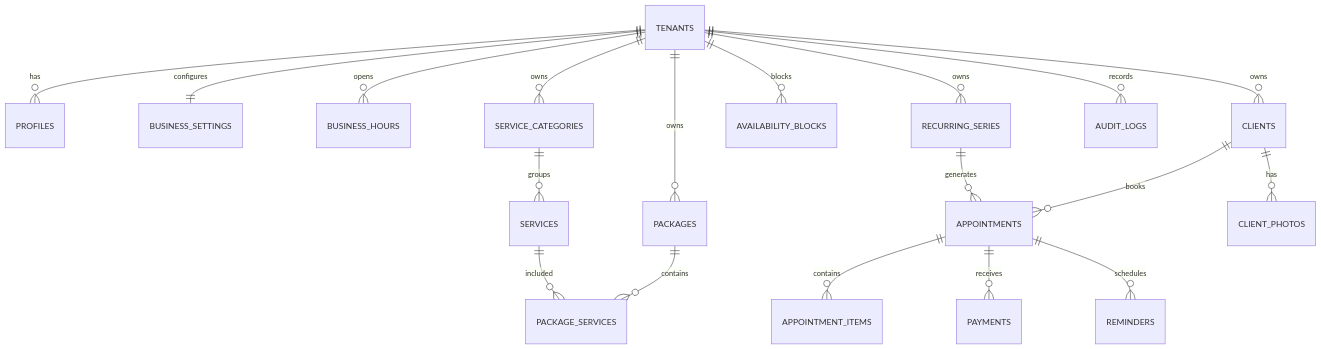
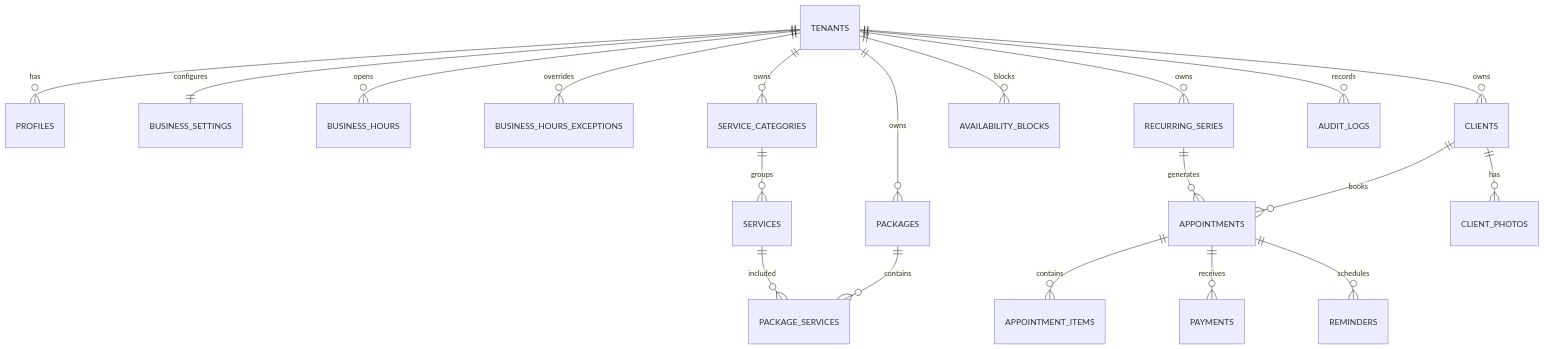
One commit to ShadowShtr/NEXORA changed the diagram in docs/04_DATA_MODEL.md. Above: the diagram before and after it, drawn with Mermaid. The commit also changed other lines of this file and 2 other files, not shown here.

Commit message:
feat(NEX-060): modela horarios especiais (exceptions) e documenta o modelo
business_hours_exceptions: uma data especifica substitui o padrao
semanal de business_hours nessa data (PRD 01 SS3, "horario especial"),
distinto de availability_blocks (bloqueios/ferias, que so marcam tempo
indisponivel sem alterar o horario normal). Mesmas constraints/forma
de business_hours para consistencia; sem politica anon (agenda em
bruto nunca exposta ao publico, so slots computados numa RPC futura).

````diff
--- a/docs/04_DATA_MODEL.md
+++ b/docs/04_DATA_MODEL.md
@@ -18,21 +19,22 @@
 ```mermaid
 erDiagram
   TENANTS ||--o{ PROFILES : has
   TENANTS ||--|| BUSINESS_SETTINGS : configures
   TENANTS ||--o{ BUSINESS_HOURS : opens
+  TENANTS ||--o{ BUSINESS_HOURS_EXCEPTIONS : overrides
   TENANTS ||--o{ SERVICE_CATEGORIES : owns
   SERVICE_CATEGORIES ||--o{ SERVICES : groups
   TENANTS ||--o{ PACKAGES : owns
   PACKAGES ||--o{ PACKAGE_SERVICES : contains
   SERVICES ||--o{ PACKAGE_SERVICES : included
   TENANTS ||--o{ CLIENTS : owns
   CLIENTS ||--o{ APPOINTMENTS : books
   APPOINTMENTS ||--o{ APPOINTMENT_ITEMS : contains
   APPOINTMENTS ||--o{ PAYMENTS : receives
   APPOINTMENTS ||--o{ REMINDERS : schedules
   TENANTS ||--o{ AVAILABILITY_BLOCKS : blocks
   TENANTS ||--o{ RECURRING_SERIES : owns
   RECURRING_SERIES ||--o{ APPOINTMENTS : generates
   CLIENTS ||--o{ CLIENT_PHOTOS : has
   TENANTS ||--o{ AUDIT_LOGS : records
 ```
````
